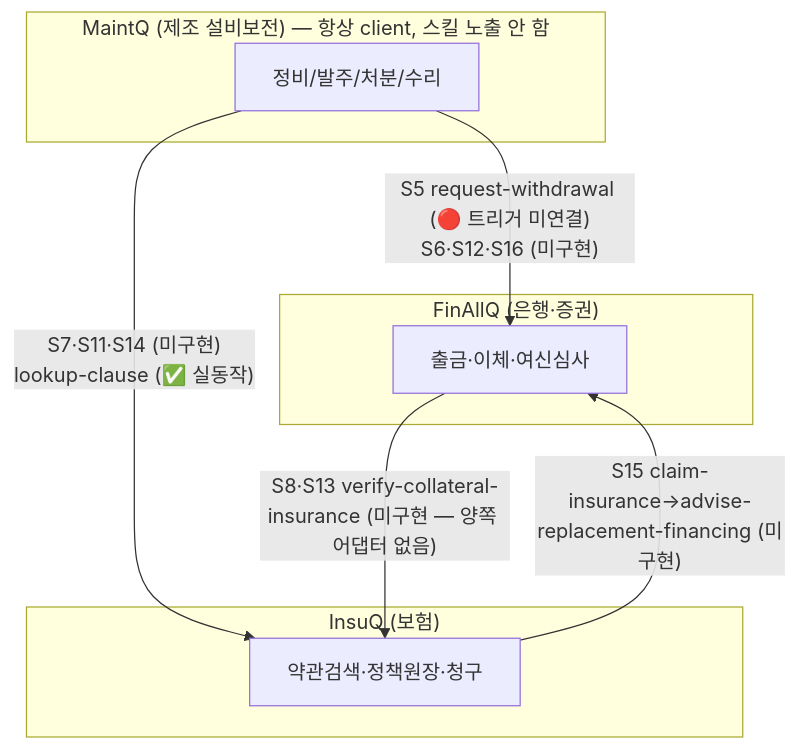
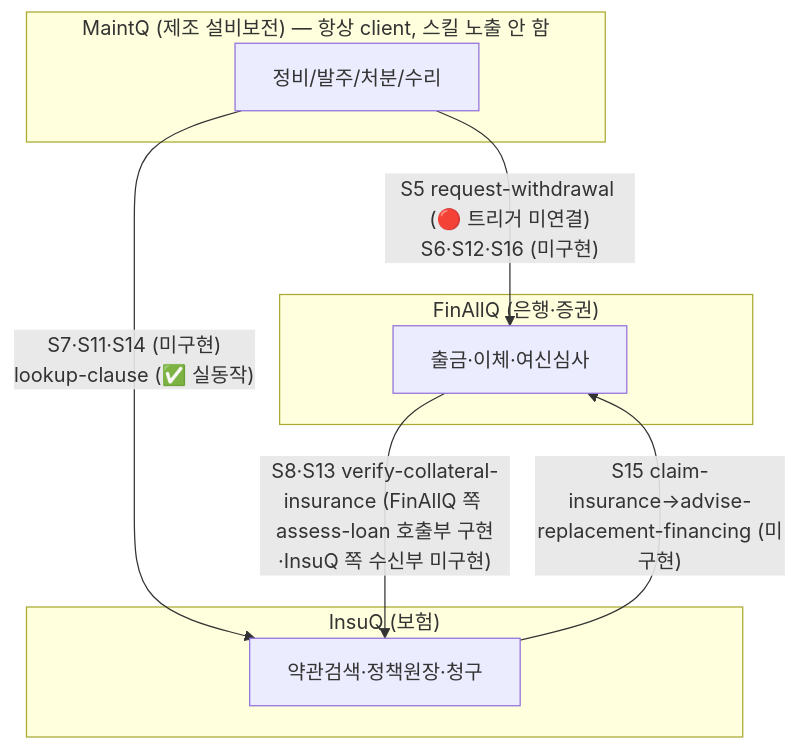
One commit to ttogle918/QMesh changed the first of 6 diagrams in A2A_DIAGRAMS.md. Above: the diagram before and after it, drawn with Mermaid. The commit also changed 2 other files, not shown here.

Commit message:
docs: assess-loan 구현 반영해 S8 관련 문서 갱신
finallq_a2a의 assess-loan(S8 사전 판정 창구, InsuQ
verify-collateral-insurance 2차 홉 호출부)이 이제 구현돼 있는데
README/A2A_DIAGRAMS/A2A_SCENARIOS가 여전히 "미구현·양쪽 어댑터
없음"으로 남아 있었다. FinAllQ 쪽은 구현 완료, InsuQ 쪽 수신부
(정책 원장 조회 엔드포인트)는 아직 없어 실제 E2E는 502로 끝난다는
현재 상태로 갱신. (main.py·insuq_client.py 모듈 독스트링은 직전
코드 수정 커밋에 이미 포함됨.)

- README.md: 어댑터 디렉터리 설명 라인
- A2A_DIAGRAMS.md: S8·S13 엣지 라벨
- docs/A2A_SCENARIOS.md: S8 진행률 10%→25%, 설명 갱신

````diff
--- a/A2A_DIAGRAMS.md
+++ b/A2A_DIAGRAMS.md
@@ -28,17 +28,17 @@
 ```mermaid
 flowchart TD
     subgraph MAINTQ ["MaintQ (제조 설비보전) — 항상 client, 스킬 노출 안 함"]
         M["정비/발주/처분/수리"]
     end
     subgraph FINALLQ ["FinAllQ (은행·증권)"]
         F["출금·이체·여신심사"]
     end
     subgraph INSUQ ["InsuQ (보험)"]
         I["약관검색·정책원장·청구"]
     end
 
     M -- "S5 request-withdrawal (🔴 트리거 미연결)<br>S6·S12·S16 (미구현)" --> F
     M -- "S7·S11·S14 (미구현)<br>lookup-clause (✅ 실동작)" --> I
-    F -- "S8·S13 verify-collateral-insurance (미구현 — 양쪽 어댑터 없음)" --> I
+    F -- "S8·S13 verify-collateral-insurance (FinAllQ 쪽 assess-loan 호출부 구현·InsuQ 쪽 수신부 미구현)" --> I
     I -- "S15 claim-insurance→advise-replacement-financing (미구현)" --> F
 ```
````
